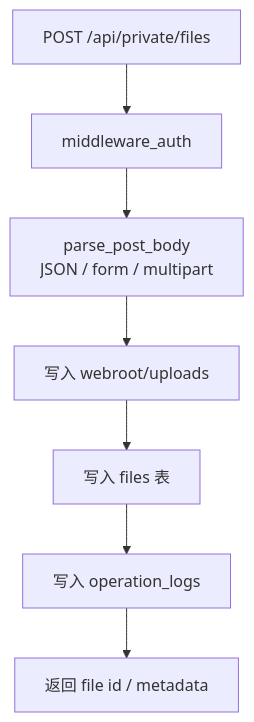
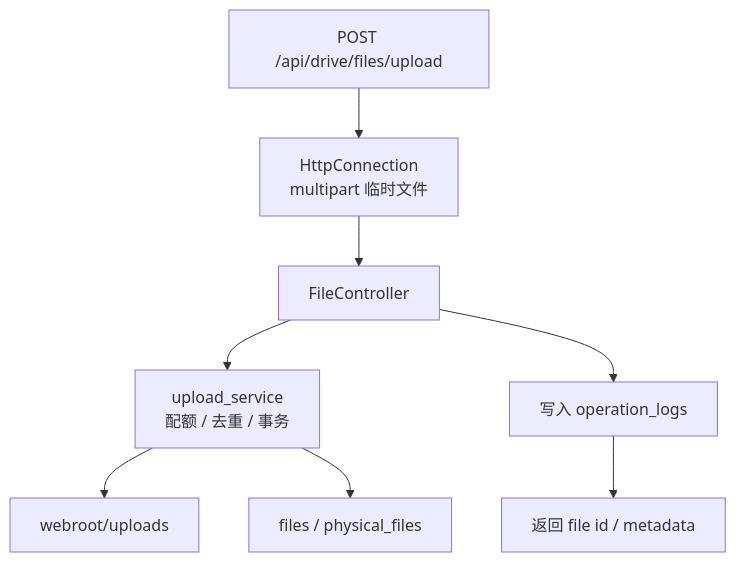
One commit to wjg12345678/High-performance-gateway changed the fifth of 7 diagrams in docs/architecture.md. Above: the diagram before and after it, drawn with Mermaid. The commit also changed other lines of this file and 132 other files, not shown here.

````diff
--- a/docs/architecture.md
+++ b/docs/architecture.md
@@ -113,17 +113,19 @@
 ```mermaid
 flowchart TD
-    Req[POST /api/private/files]
-    Auth[middleware_auth]
-    Parse[parse_post_body<br/>JSON / form / multipart]
-    Store[写入 webroot/uploads]
-    Meta[写入 files 表]
+    Req[POST /api/drive/files/upload]
+    Conn[HttpConnection<br/>multipart 临时文件]
+    Controller[FileController]
+    Upload[upload_service<br/>配额 / 去重 / 事务]
+    Store[webroot/uploads]
+    Meta[files / physical_files]
     Audit[写入 operation_logs]
     Resp[返回 file id / metadata]
 
-    Req --> Auth
-    Auth --> Parse
-    Parse --> Store
-    Store --> Meta
-    Meta --> Audit
+    Req --> Conn
+    Conn --> Controller
+    Controller --> Upload
+    Upload --> Store
+    Upload --> Meta
+    Controller --> Audit
     Audit --> Resp
 ```
````
